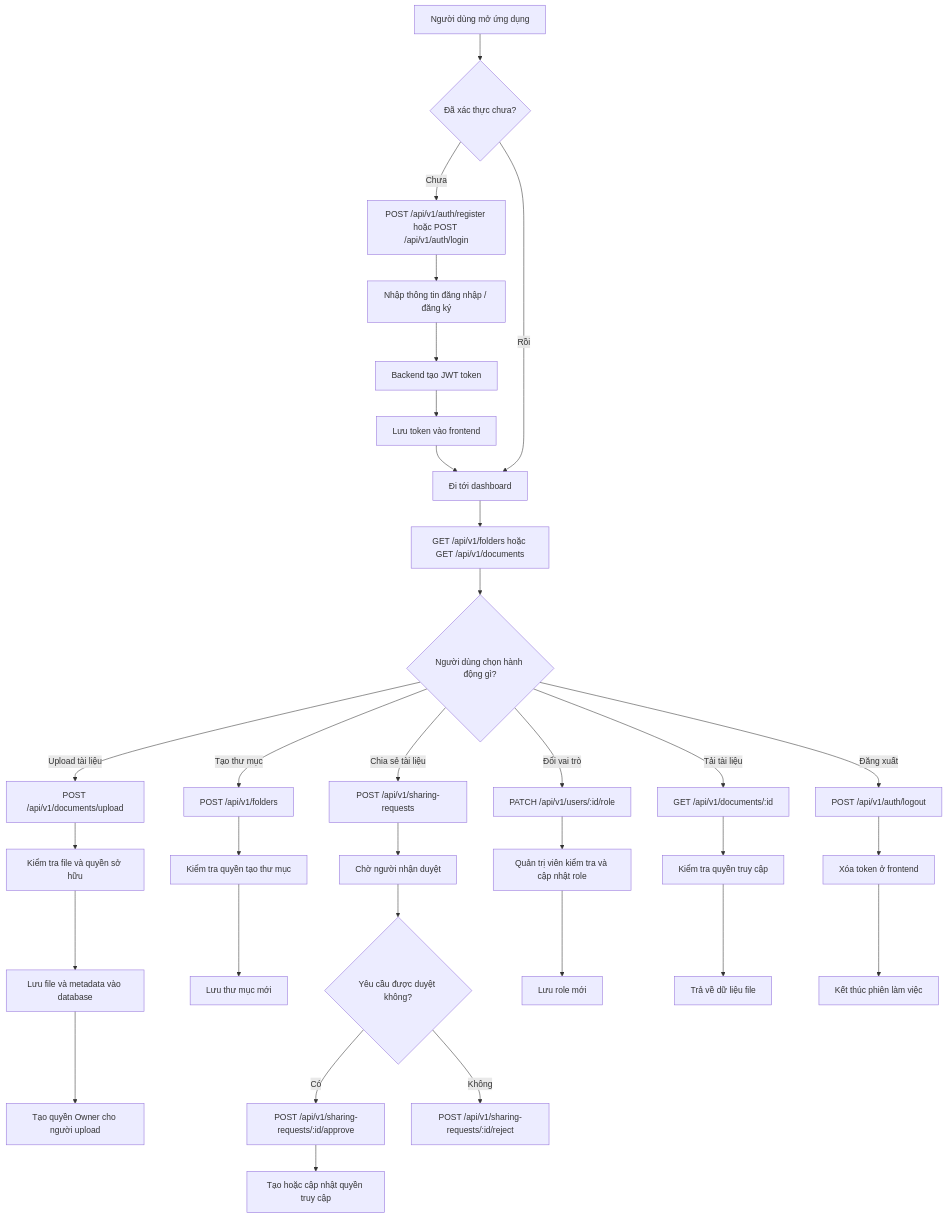
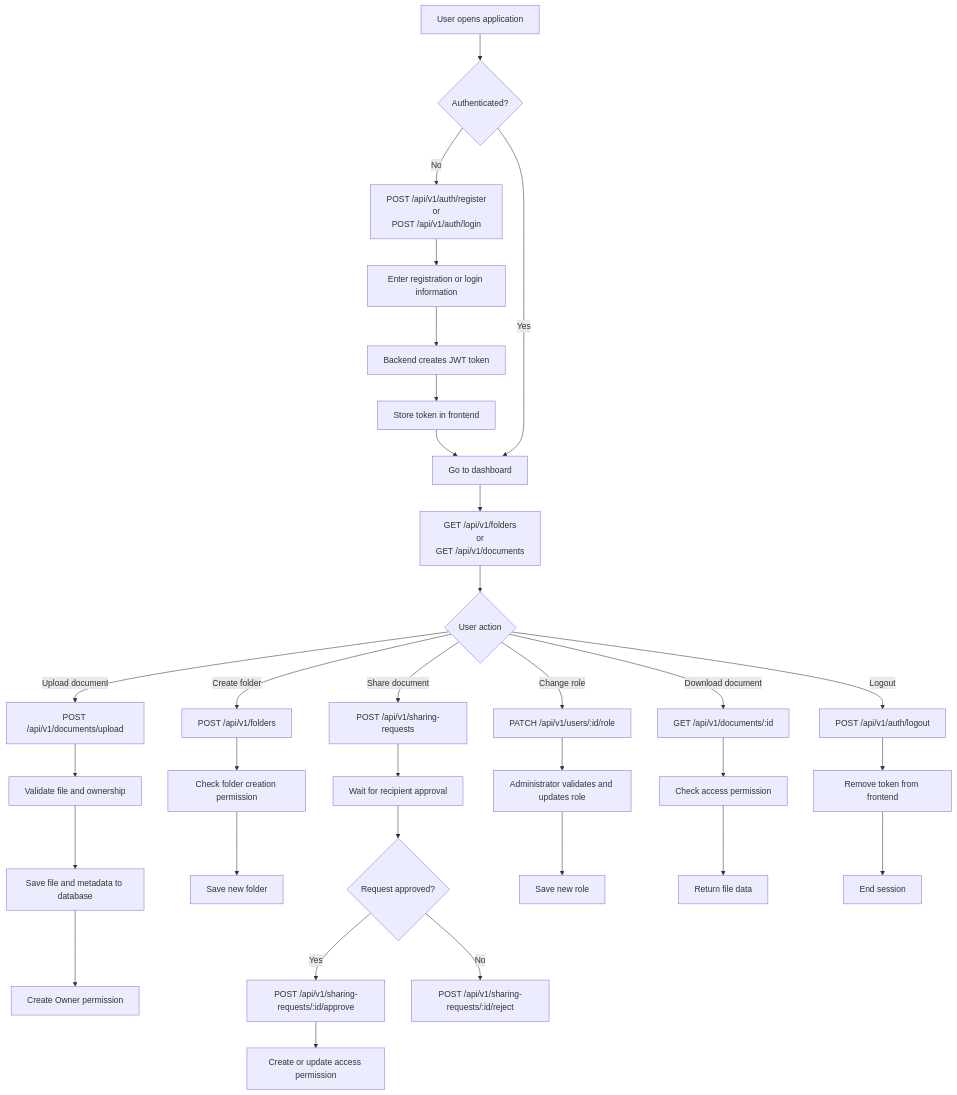
The fourth of 5 diagrams in DIAGRAMS.md (DuyKhoiCoder30062004/remix-of-remix-of-doc-keeper), drawn with Mermaid before and after one commit. The commit also changed other lines of this file, not shown here.

````diff
--- a/DIAGRAMS.md
+++ b/DIAGRAMS.md
@@ -436,41 +363,47 @@
 ```mermaid
 flowchart TD
-    A[Người dùng mở ứng dụng] --> B{Đã xác thực chưa?}
-    B -- Chưa --> C[POST /api/v1/auth/register hoặc POST /api/v1/auth/login]
-    C --> D[Nhập thông tin đăng nhập / đăng ký]
-    D --> E[Backend tạo JWT token]
-    E --> F[Lưu token vào frontend]
-    F --> G[Đi tới dashboard]
 
-    B -- Rồi --> G
-    G --> H[GET /api/v1/folders hoặc GET /api/v1/documents]
-    H --> I{Người dùng chọn hành động gì?}
+    A["User opens application"] --> B{"Authenticated?"}
 
-    I -- Upload tài liệu --> J[POST /api/v1/documents/upload]
-    J --> K[Kiểm tra file và quyền sở hữu]
-    K --> L[Lưu file và metadata vào database]
-    L --> M[Tạo quyền Owner cho người upload]
+    B -- "No" --> C["POST /api/v1/auth/register<br/>or<br/>POST /api/v1/auth/login"]
+    C --> D["Enter registration or login information"]
+    D --> E["Backend creates JWT token"]
+    E --> F["Store token in frontend"]
+    F --> G["Go to dashboard"]
 
-    I -- Tạo thư mục --> N[POST /api/v1/folders]
-    N --> O[Kiểm tra quyền tạo thư mục]
-    O --> P[Lưu thư mục mới]
+    B -- "Yes" --> G
 
-    I -- Chia sẻ tài liệu --> Q[POST /api/v1/sharing-requests]
-    Q --> R[Chờ người nhận duyệt]
-    R --> S{Yêu cầu được duyệt không?}
-    S -- Có --> T[POST /api/v1/sharing-requests/:id/approve]
-    T --> U[Tạo hoặc cập nhật quyền truy cập]
-    S -- Không --> V[POST /api/v1/sharing-requests/:id/reject]
+    G --> H["GET /api/v1/folders<br/>or<br/>GET /api/v1/documents"]
 
-    I -- Đổi vai trò --> W[PATCH /api/v1/users/:id/role]
-    W --> X[Quản trị viên kiểm tra và cập nhật role]
-    X --> Y[Lưu role mới]
+    H --> I{"User action"}
 
-    I -- Tải tài liệu --> Z[GET /api/v1/documents/:id]
-    Z --> AA[Kiểm tra quyền truy cập]
-    AA --> AB[Trả về dữ liệu file]
+    I -- "Upload document" --> J["POST /api/v1/documents/upload"]
+    J --> K["Validate file and ownership"]
+    K --> L["Save file and metadata to database"]
+    L --> M["Create Owner permission"]
 
-    I -- Đăng xuất --> AC[POST /api/v1/auth/logout]
-    AC --> AD[Xóa token ở frontend]
-    AD --> AE[Kết thúc phiên làm việc]
+    I -- "Create folder" --> N["POST /api/v1/folders"]
+    N --> O["Check folder creation permission"]
+    O --> P["Save new folder"]
+
+    I -- "Share document" --> Q["POST /api/v1/sharing-requests"]
+    Q --> R["Wait for recipient approval"]
+    R --> S{"Request approved?"}
+
+    S -- "Yes" --> T["POST /api/v1/sharing-requests/:id/approve"]
+    T --> U["Create or update access permission"]
+
+    S -- "No" --> V["POST /api/v1/sharing-requests/:id/reject"]
+
+    I -- "Change role" --> W["PATCH /api/v1/users/:id/role"]
+    W --> X["Administrator validates and updates role"]
+    X --> Y["Save new role"]
+
+    I -- "Download document" --> Z["GET /api/v1/documents/:id"]
+    Z --> AA["Check access permission"]
+    AA --> AB["Return file data"]
+
+    I -- "Logout" --> AC["POST /api/v1/auth/logout"]
+    AC --> AD["Remove token from frontend"]
+    AD --> AE["End session"]
 ```
````
